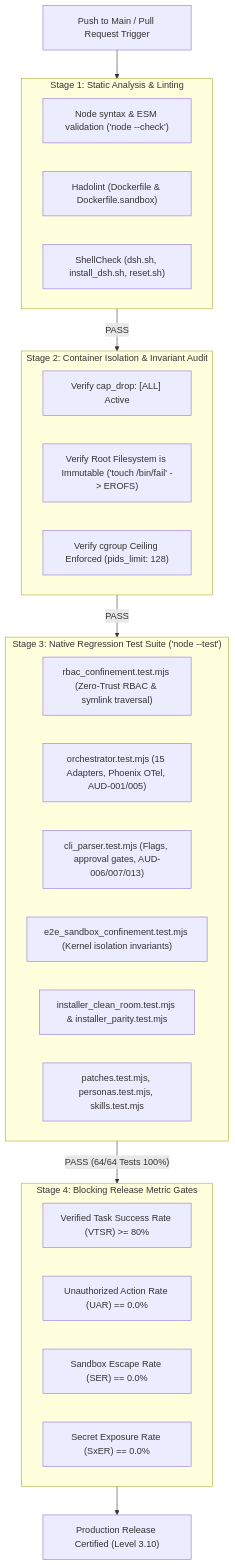
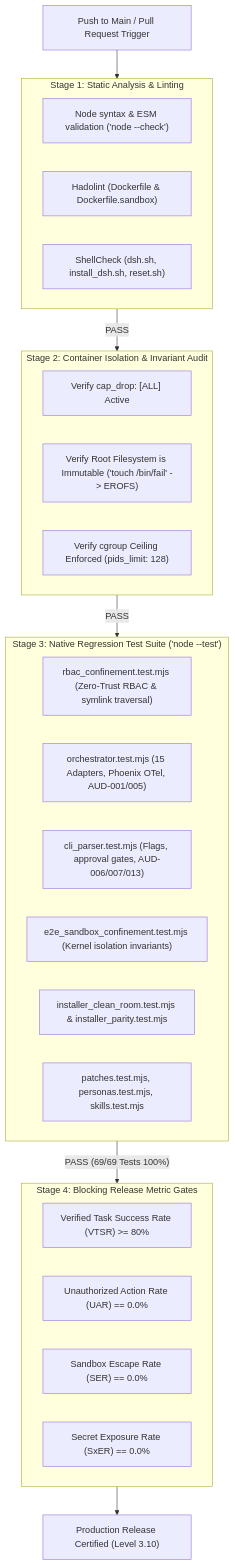
One commit to hdjebar/DSH-DDS changed the fourth of 5 diagrams in docs/future-development/SOTA-ResearchReport-ProductionArch.md. Above: the diagram before and after it, drawn with Mermaid. The commit also changed other lines of this file and 19 other files, not shown here.

````diff
--- a/docs/future-development/SOTA-ResearchReport-ProductionArch.md
+++ b/docs/future-development/SOTA-ResearchReport-ProductionArch.md
@@ -324,40 +324,40 @@
 ```mermaid
 flowchart TD
     PR["Push to Main / Pull Request Trigger"] --> Stage1
 
     subgraph Stage1["Stage 1: Static Analysis & Linting"]
         Syntax["Node syntax & ESM validation ('node --check')"]
         Hadolint["Hadolint (Dockerfile & Dockerfile.sandbox)"]
         ShellCheck["ShellCheck (dsh.sh, install_dsh.sh, reset.sh)"]
     end
 
     Stage1 -->|"PASS"| Stage2
 
     subgraph Stage2["Stage 2: Container Isolation & Invariant Audit"]
         CapDrop["Verify cap_drop: [ALL] Active"]
         RootFS["Verify Root Filesystem is Immutable ('touch /bin/fail' -> EROFS)"]
         Pids["Verify cgroup Ceiling Enforced (pids_limit: 128)"]
     end
 
     Stage2 -->|"PASS"| Stage3
 
     subgraph Stage3["Stage 3: Native Regression Test Suite ('node --test')"]
         Suite1["rbac_confinement.test.mjs (Zero-Trust RBAC & symlink traversal)"]
         Suite2["orchestrator.test.mjs (15 Adapters, Phoenix OTel, AUD-001/005)"]
         Suite3["cli_parser.test.mjs (Flags, approval gates, AUD-006/007/013)"]
         Suite4["e2e_sandbox_confinement.test.mjs (Kernel isolation invariants)"]
         Suite5["installer_clean_room.test.mjs & installer_parity.test.mjs"]
         Suite6["patches.test.mjs, personas.test.mjs, skills.test.mjs"]
     end
 
-    Stage3 -->|"PASS (64/64 Tests 100%)"| Stage4
+    Stage3 -->|"PASS (69/69 Tests 100%)"| Stage4
 
     subgraph Stage4["Stage 4: Blocking Release Metric Gates"]
         VTSR["Verified Task Success Rate (VTSR) >= 80%"]
         UAR["Unauthorized Action Rate (UAR) == 0.0%"]
         SER["Sandbox Escape Rate (SER) == 0.0%"]
         SxER["Secret Exposure Rate (SxER) == 0.0%"]
     end
 
     Stage4 --> Approved["Production Release Certified (Level 3.10)"]
 ```
````
